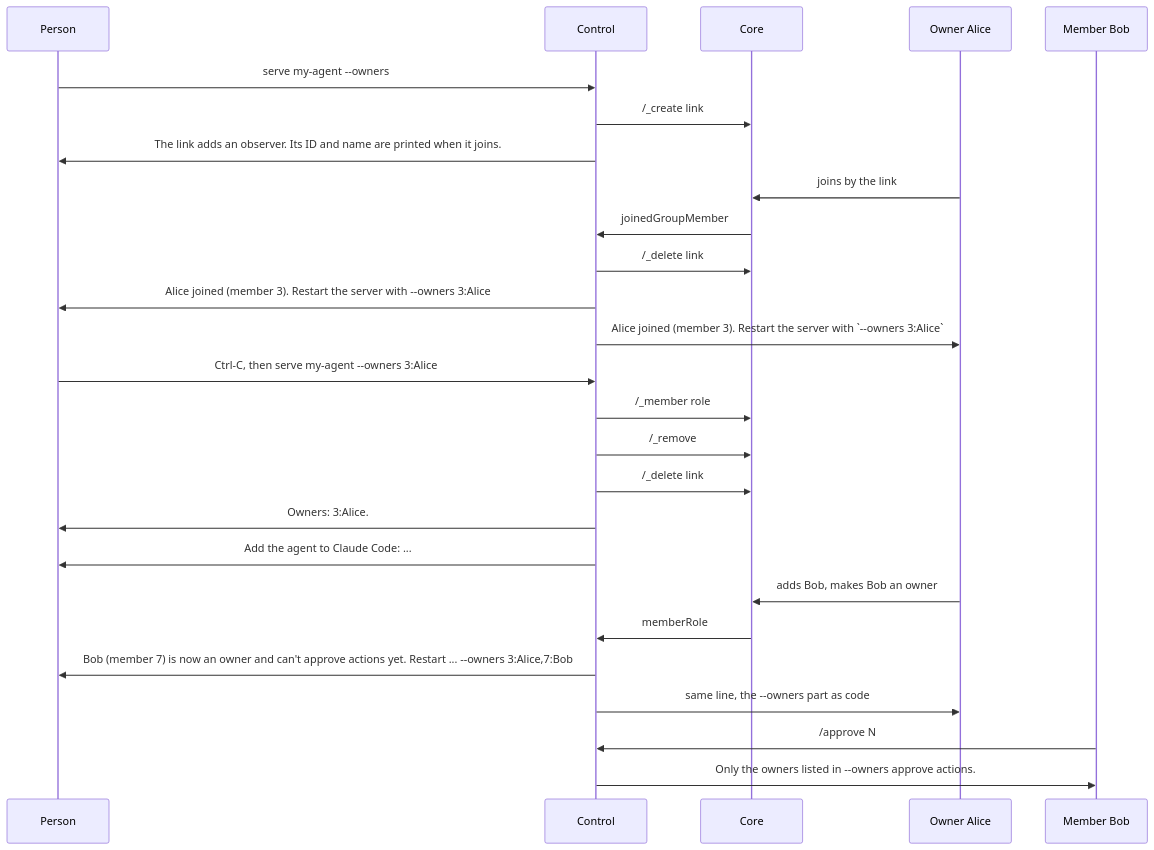
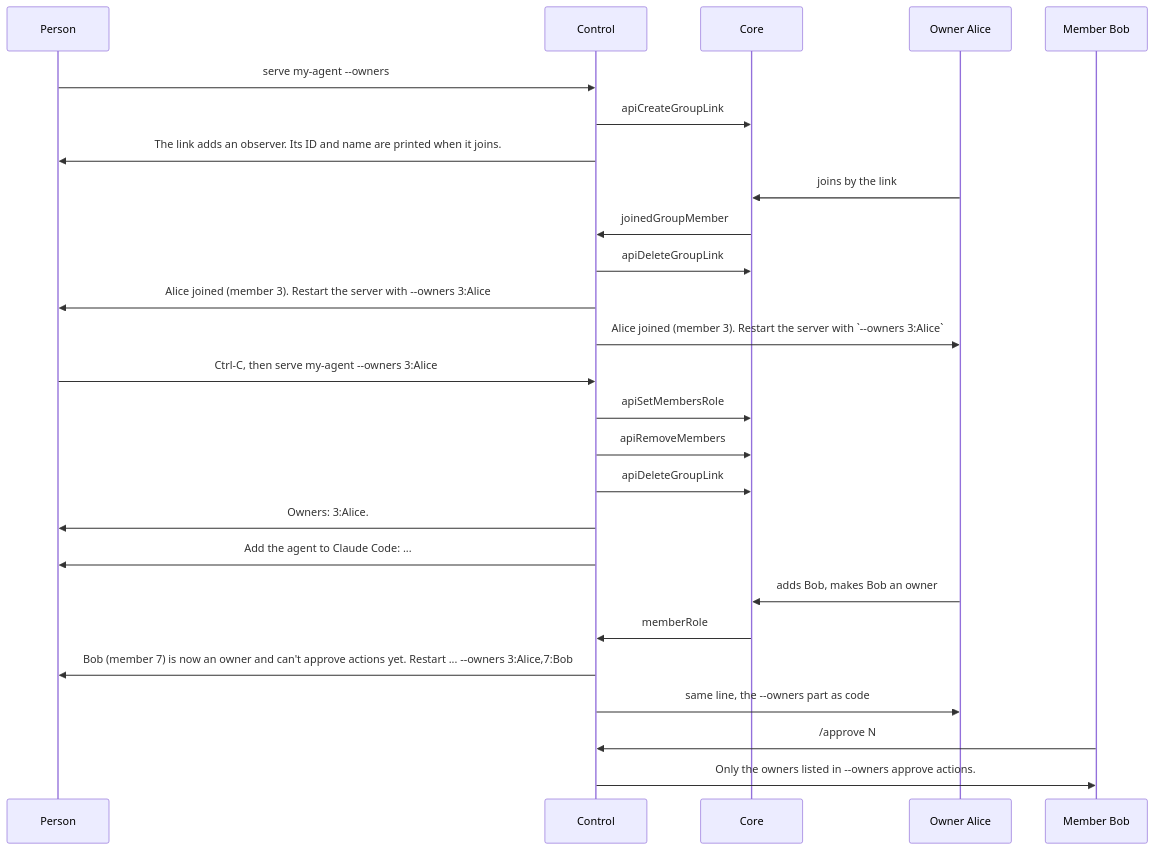
Before and after one commit to simplex-chat/simplex-chat: diagram 12 of 16 in packages/simplex-chat-mcp/spec/flows.md, drawn with Mermaid. The commit also changed other lines of this file and 34 other files, not shown here.

````diff
--- a/packages/simplex-chat-mcp/spec/flows.md
+++ b/packages/simplex-chat-mcp/spec/flows.md
@@ -509,28 +522,28 @@
 ```mermaid
 sequenceDiagram
   participant P as Person
   participant K as Control
   participant C as Core
   participant O as Owner Alice
   participant B as Member Bob
   P->>K: serve my-agent --owners
-  K->>C: /_create link #G observer
+  K->>C: apiCreateGroupLink #G observer
   K->>P: The link adds an observer. Its ID and name are printed when it joins.
   O->>C: joins by the link
   C->>K: joinedGroupMember
-  K->>C: /_delete link #G
+  K->>C: apiDeleteGroupLink #G
   K->>P: Alice joined (member 3). Restart the server with --owners 3:Alice
   K->>O: Alice joined (member 3). Restart the server with `--owners 3:Alice`
   P->>K: Ctrl-C, then serve my-agent --owners 3:Alice
-  K->>C: /_member role #G 3 owner
-  K->>C: /_remove #G ID, for each other human
-  K->>C: /_delete link #G
+  K->>C: apiSetMembersRole #G [3] owner
+  K->>C: apiRemoveMembers #G [ID], for each other human
+  K->>C: apiDeleteGroupLink #G
   K->>P: Owners: 3:Alice.
   K->>P: Add the agent to Claude Code: ...
   O->>C: adds Bob, makes Bob an owner
   C->>K: memberRole
   K->>P: Bob (member 7) is now an owner and can't approve actions yet. Restart ... --owners 3:Alice,7:Bob
   K->>O: same line, the --owners part as code
   B->>K: /approve N
   K->>B: Only the owners listed in --owners approve actions.
 ```
````
